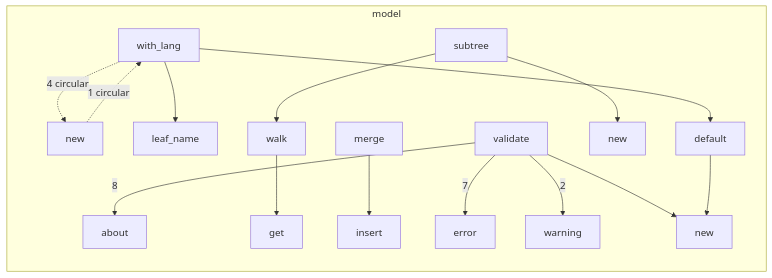
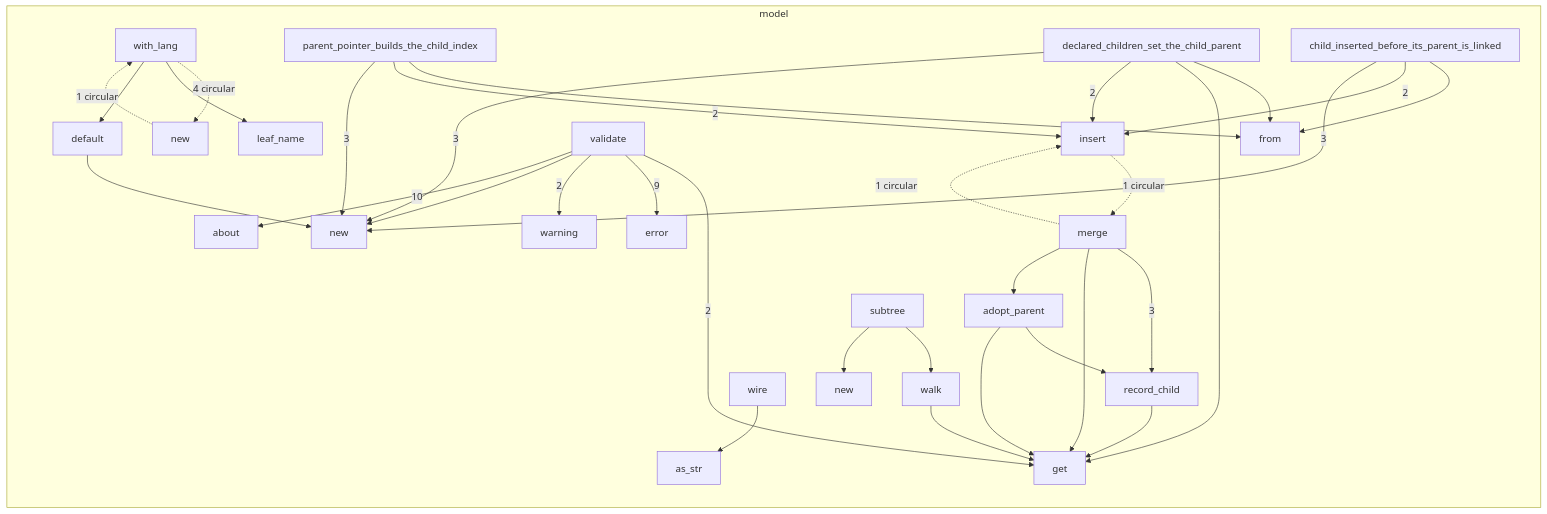
One commit to RyanGuild/self-describing-code changed the third of 3 diagrams in docs/self-model/robby_ir/model/index.md. Above: the diagram before and after it, drawn with Mermaid. The commit also changed other lines of this file and 747 other files, not shown here.

````diff
--- a/docs/self-model/robby_ir/model/index.md
+++ b/docs/self-model/robby_ir/model/index.md
@@ -147,34 +156,61 @@
 ```mermaid
 flowchart TB
     subgraph n_48c15551e2e91996["model"]
         direction TB
         n_e546d71fa4f69654["about"]
+        n_ddc9818664b59506["adopt_parent"]
+        n_317d9bbb461fd85d["as_str"]
+        n_ff1fbfa917a1654a["child_inserted_before_its_parent_is_linked"]
+        n_e5604f2828b34961["declared_children_set_the_child_parent"]
         n_ec2e46958b5dc892["default"]
         n_b3489a259ec30e17["error"]
+        n_286e217fcb95c453["from"]
         n_80b75adcd8002383["get"]
         n_8a5415d7daf6e60c["insert"]
         n_6311e7084b287418["leaf_name"]
         n_9655ec8c7f78876b["merge"]
         n_4d88a60cf9d4a01e["new"]
         n_ccd6dcdd0298397d["new"]
         n_d5fd1809d274d7a9["new"]
+        n_a3e20cf4c683a862["parent_pointer_builds_the_child_index"]
+        n_212a1b1aafdbc6f5["record_child"]
         n_e246ceacf9164349["subtree"]
         n_ea6373866a29c8d4["validate"]
         n_3f94f0bb1c5a653c["walk"]
         n_ba675cd10b655ae1["warning"]
+        n_266e66de4d980727["wire"]
         n_0e9544ad390cedd5["with_lang"]
     end
     n_0e9544ad390cedd5 -.->|"4 circular"| n_4d88a60cf9d4a01e
     n_0e9544ad390cedd5 --> n_6311e7084b287418
     n_0e9544ad390cedd5 --> n_ec2e46958b5dc892
+    n_212a1b1aafdbc6f5 --> n_80b75adcd8002383
+    n_266e66de4d980727 --> n_317d9bbb461fd85d
     n_3f94f0bb1c5a653c --> n_80b75adcd8002383
     n_4d88a60cf9d4a01e -.->|"1 circular"| n_0e9544ad390cedd5
-    n_9655ec8c7f78876b --> n_8a5415d7daf6e60c
+    n_8a5415d7daf6e60c -.->|"1 circular"| n_9655ec8c7f78876b
+    n_9655ec8c7f78876b -->|"3"| n_212a1b1aafdbc6f5
+    n_9655ec8c7f78876b --> n_80b75adcd8002383
+    n_9655ec8c7f78876b -.->|"1 circular"| n_8a5415d7daf6e60c
+    n_9655ec8c7f78876b --> n_ddc9818664b59506
+    n_a3e20cf4c683a862 --> n_286e217fcb95c453
+    n_a3e20cf4c683a862 -->|"2"| n_8a5415d7daf6e60c
+    n_a3e20cf4c683a862 -->|"3"| n_d5fd1809d274d7a9
+    n_ddc9818664b59506 --> n_212a1b1aafdbc6f5
+    n_ddc9818664b59506 --> n_80b75adcd8002383
     n_e246ceacf9164349 --> n_3f94f0bb1c5a653c
     n_e246ceacf9164349 --> n_ccd6dcdd0298397d
-    n_ea6373866a29c8d4 -->|"7"| n_b3489a259ec30e17
+    n_e5604f2828b34961 --> n_286e217fcb95c453
+    n_e5604f2828b34961 --> n_80b75adcd8002383
+    n_e5604f2828b34961 -->|"2"| n_8a5415d7daf6e60c
+    n_e5604f2828b34961 -->|"3"| n_d5fd1809d274d7a9
+    n_ea6373866a29c8d4 -->|"2"| n_80b75adcd8002383
+    n_ea6373866a29c8d4 -->|"9"| n_b3489a259ec30e17
     n_ea6373866a29c8d4 -->|"2"| n_ba675cd10b655ae1
     n_ea6373866a29c8d4 --> n_d5fd1809d274d7a9
-    n_ea6373866a29c8d4 -->|"8"| n_e546d71fa4f69654
+    n_ea6373866a29c8d4 -->|"10"| n_e546d71fa4f69654
     n_ec2e46958b5dc892 --> n_d5fd1809d274d7a9
+    n_ff1fbfa917a1654a --> n_286e217fcb95c453
+    n_ff1fbfa917a1654a -->|"2"| n_8a5415d7daf6e60c
+    n_ff1fbfa917a1654a -->|"3"| n_d5fd1809d274d7a9
 ```
````
